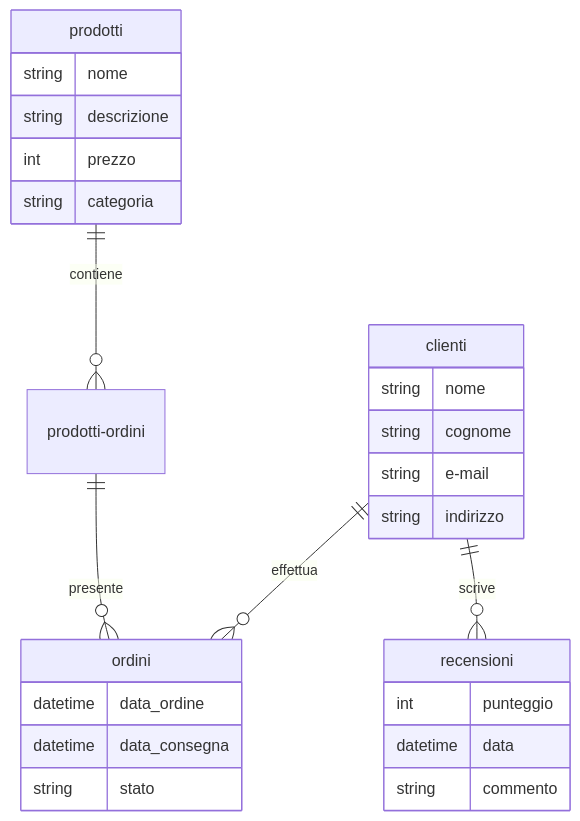
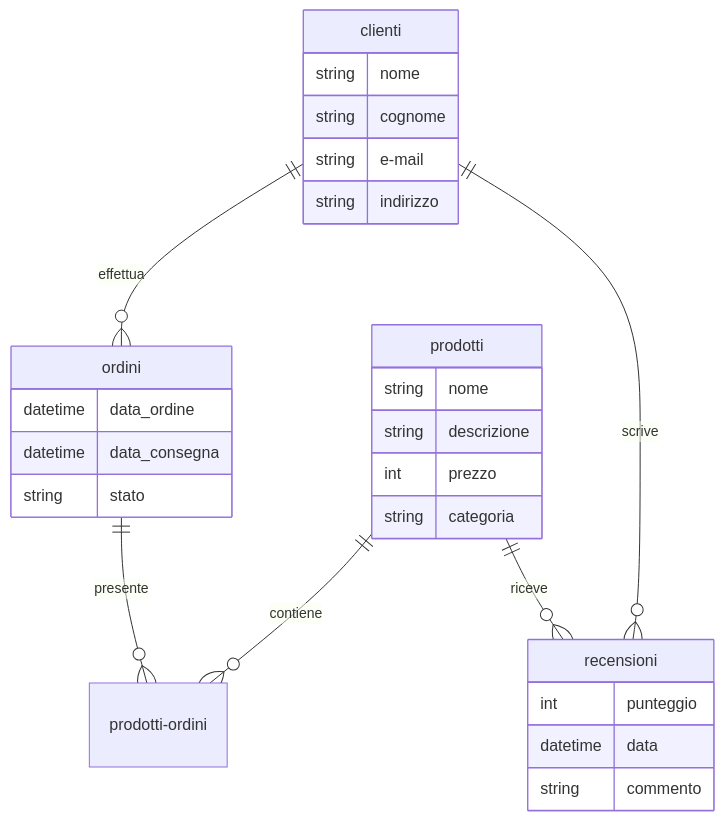
The first of 2 diagrams in mermaid/baffert_es05.md (AlexanderBaffert/Informatica-5M), drawn with Mermaid before and after one commit. The commit also changed other lines of this file and 8 other files, not shown here.

```diff
--- a/mermaid/baffert_es05.md
+++ b/mermaid/baffert_es05.md
@@ -2,38 +3,39 @@
 ::: mermaid
 erDiagram
 
     clienti ||--o{ ordini : effettua
     prodotti ||--o{ prodotti-ordini :contiene
-    prodotti-ordini ||--o{ ordini: presente
+    ordini ||--o{ prodotti-ordini : presente
     clienti ||--o{ recensioni: scrive
+    prodotti ||--o{ recensioni: riceve
 
     prodotti {
         string nome
         string descrizione
         int prezzo
         string categoria
     }
 
     clienti {
         string nome
         string cognome
         string e-mail
         string indirizzo
     }
 
     ordini {
         datetime data_ordine
         datetime data_consegna
         string stato    
     }
 
     recensioni {
         int punteggio
         datetime data
         string commento
     }
 
     prodotti-ordini{
     }
     
 :::
```
